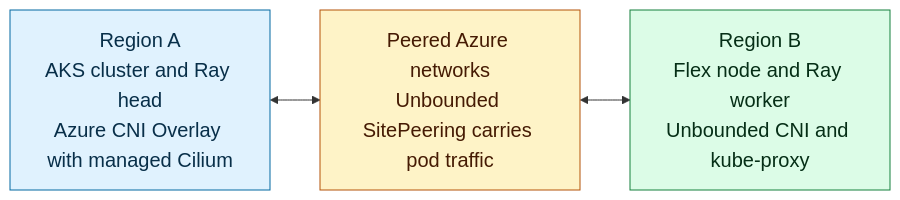
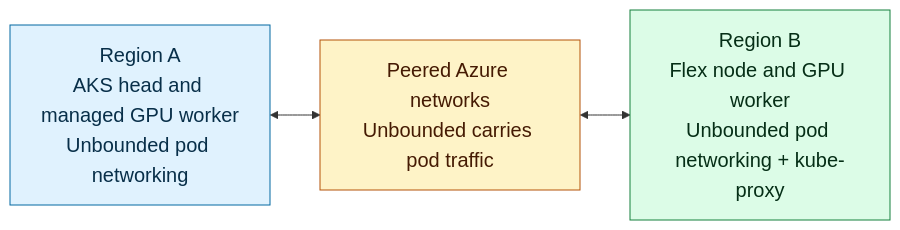
One commit to KenKilty/aks-flex-anyscale-lab changed the first of 2 diagrams in docs/ai-workloads-on-aks/aks-flex-anyscale-multi-region.mdx. Above: the diagram before and after it, drawn with Mermaid. The commit also changed other lines of this file and 45 other files, not shown here.

First line of the commit message:
Add mixed-CNI Unbounded lab validation and rewrite student guide

````diff
--- a/docs/ai-workloads-on-aks/aks-flex-anyscale-multi-region.mdx
+++ b/docs/ai-workloads-on-aks/aks-flex-anyscale-multi-region.mdx
@@ -68,15 +73,15 @@
 ```mermaid
 flowchart LR
-  regionA["Region A<br/>AKS cluster and Ray head<br/>Azure CNI Overlay with managed Cilium"]
-  network["Peered Azure networks<br/>Unbounded SitePeering carries pod traffic"]
-  regionB["Region B<br/>Flex node and Ray worker<br/>Unbounded CNI and kube-proxy"]
+  regionA["Region A<br/>AKS head and managed GPU worker<br/>Unbounded pod networking"]
+  network["Peered Azure networks<br/>Unbounded carries pod traffic"]
+  regionB["Region B<br/>Flex node and GPU worker<br/>Unbounded pod networking + kube-proxy"]
 
   regionA <--> network <--> regionB
 
   classDef home fill:#e0f2fe,stroke:#0369a1,color:#082f49,font-size:20px
   classDef link fill:#fef3c7,stroke:#b45309,color:#451a03,font-size:20px
   classDef flex fill:#dcfce7,stroke:#15803d,color:#052e16,font-size:20px
   class regionA home
   class network link
   class regionB flex
 ```
````
